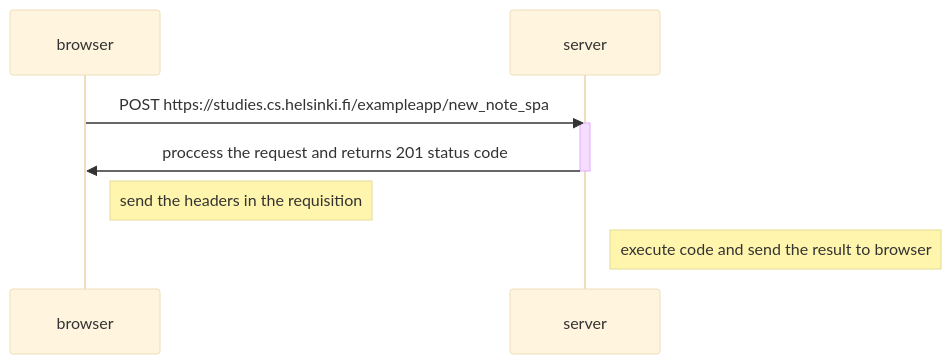
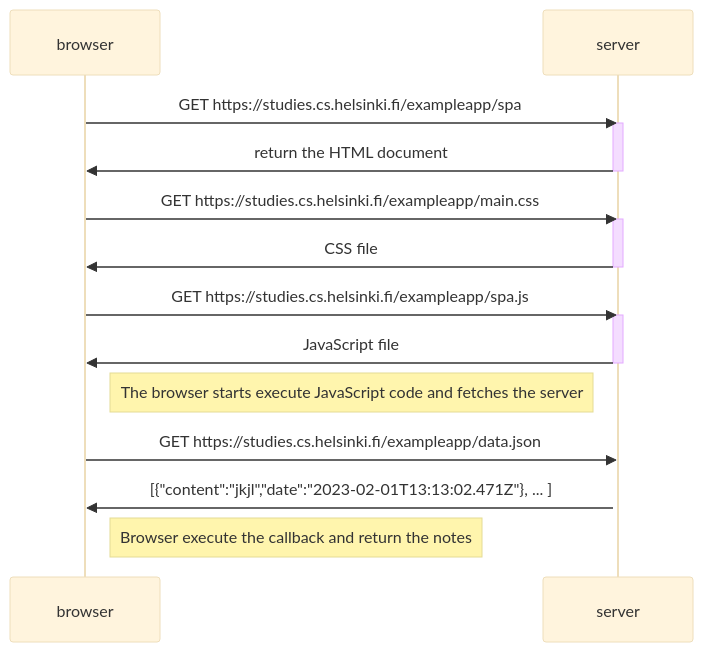
Before and after one commit to Aan3dree/fs-submissions: the diagram in part0/siglepageappdiagram/diagram.md, drawn with Mermaid (base theme).

````diff
--- a/part0/siglepageappdiagram/diagram.md
+++ b/part0/siglepageappdiagram/diagram.md
@@ -1,13 +1,28 @@
 ```mermaid
 sequenceDiagram
   participant browser
   participant server
-  
-  browser->>server: POST https://studies.cs.helsinki.fi/exampleapp/new_note_spa
+    
+  browser->>server: GET https://studies.cs.helsinki.fi/exampleapp/spa
   activate server
-  server->>browser: proccess the request and returns 201 status code
+  server->>browser: return the HTML document
   deactivate server
   
-  Note right of browser: send the headers in the requisition
-  Note right of server: execute code and send the result to browser
+  browser->>server: GET https://studies.cs.helsinki.fi/exampleapp/main.css
+  activate server
+  server->>browser: CSS file
+  deactivate server
+  
+  browser->>server: GET https://studies.cs.helsinki.fi/exampleapp/spa.js
+  activate server
+  server->>browser: JavaScript file
+  deactivate server
+  
+  Note right of browser: The browser starts execute JavaScript code and fetches the server
+  
+  browser->>server: GET https://studies.cs.helsinki.fi/exampleapp/data.json
+  activate server
+  server->>browser: [{"content":"jkjl","date":"2023-02-01T13:13:02.471Z"}, ... ]
+  
+  Note right of browser: Browser execute the callback and return the notes
 ```
````
